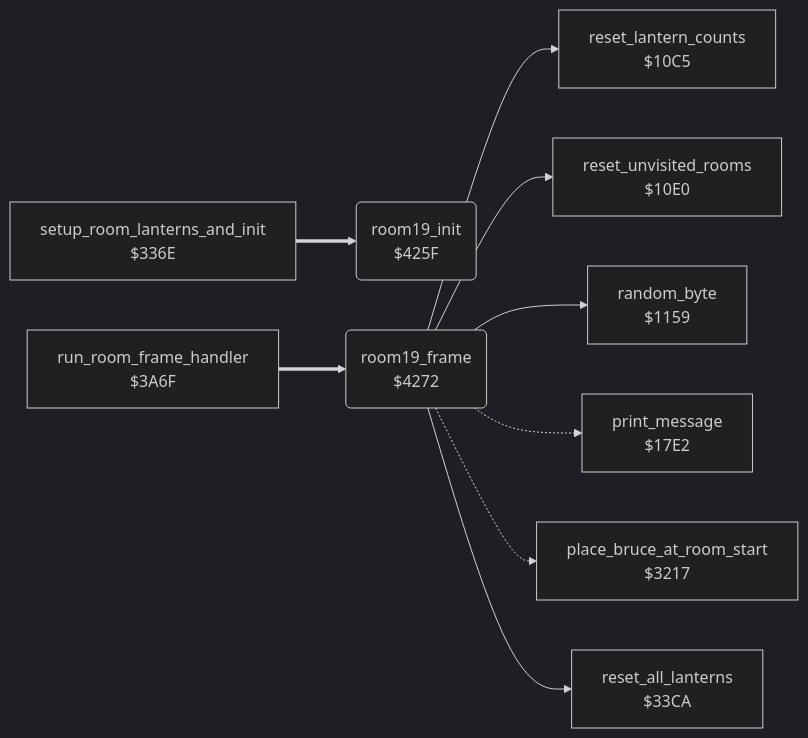
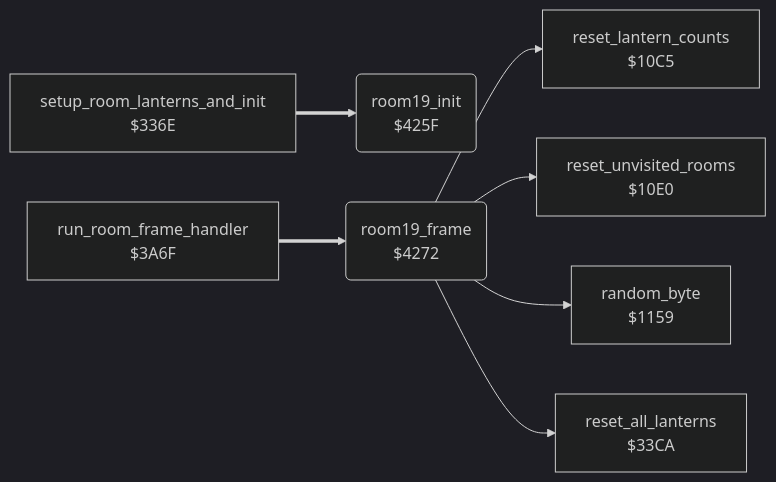
Before and after one commit to henols/c64_games: the diagram in bruce_lee/docs/reference/modules/room/ending_room.md, drawn with Mermaid (dark theme). The commit also changed other lines of this file and 236 other files, not shown here.

First line of the commit message:
Bruce Lee: rework to recordings and replays, and the room-change freeze of the original

````diff
--- a/bruce_lee/docs/reference/modules/room/ending_room.md
+++ b/bruce_lee/docs/reference/modules/room/ending_room.md
@@ -10,21 +17,17 @@
 ```mermaid
 flowchart LR
   n10c5["reset_lantern_counts<br/>$10C5"]
   n10e0["reset_unvisited_rooms<br/>$10E0"]
   n1159["random_byte<br/>$1159"]
-  n17e2["print_message<br/>$17E2"]
-  n3217["place_bruce_at_room_start<br/>$3217"]
   n336e["setup_room_lanterns_and_init<br/>$336E"]
   n33ca["reset_all_lanterns<br/>$33CA"]
   n3a6f["run_room_frame_handler<br/>$3A6F"]
   n425f("room19_init<br/>$425F")
   n4272("room19_frame<br/>$4272")
   n336e ==> n425f
   n3a6f ==> n4272
   n4272 --> n10c5
   n4272 --> n10e0
   n4272 --> n1159
-  n4272 -.-> n17e2
-  n4272 -.-> n3217
   n4272 --> n33ca
 ```
````
